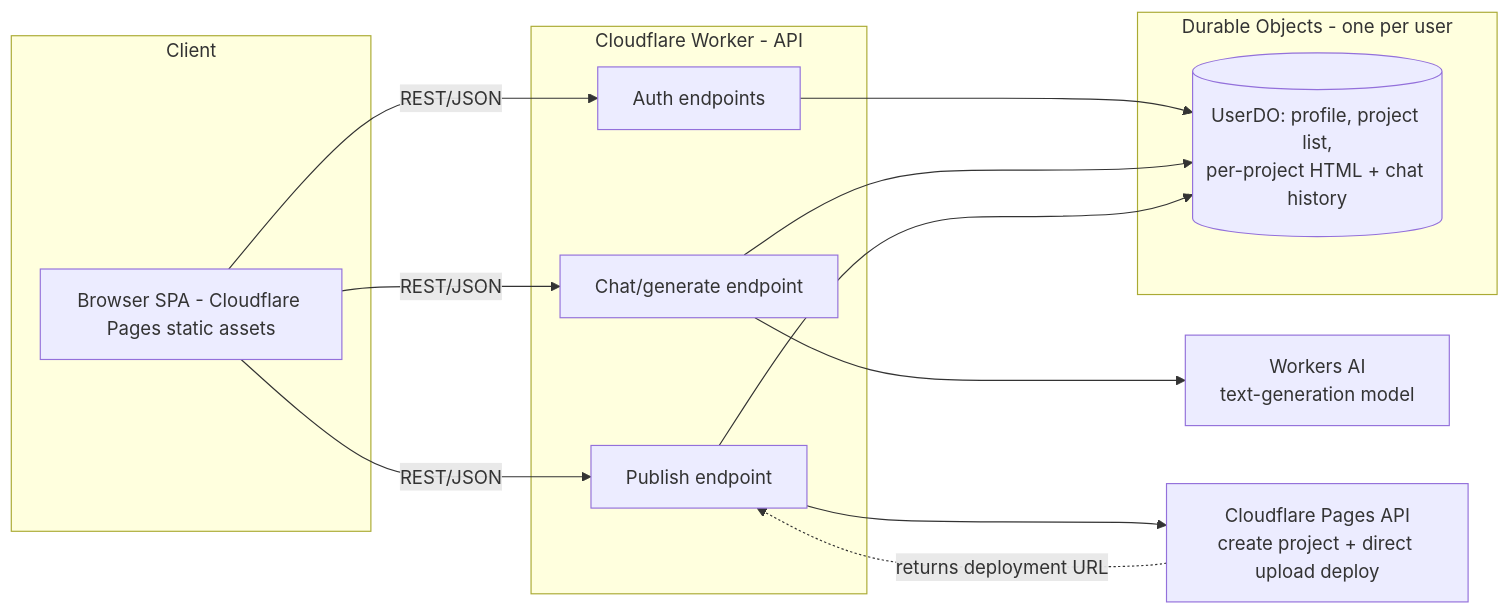
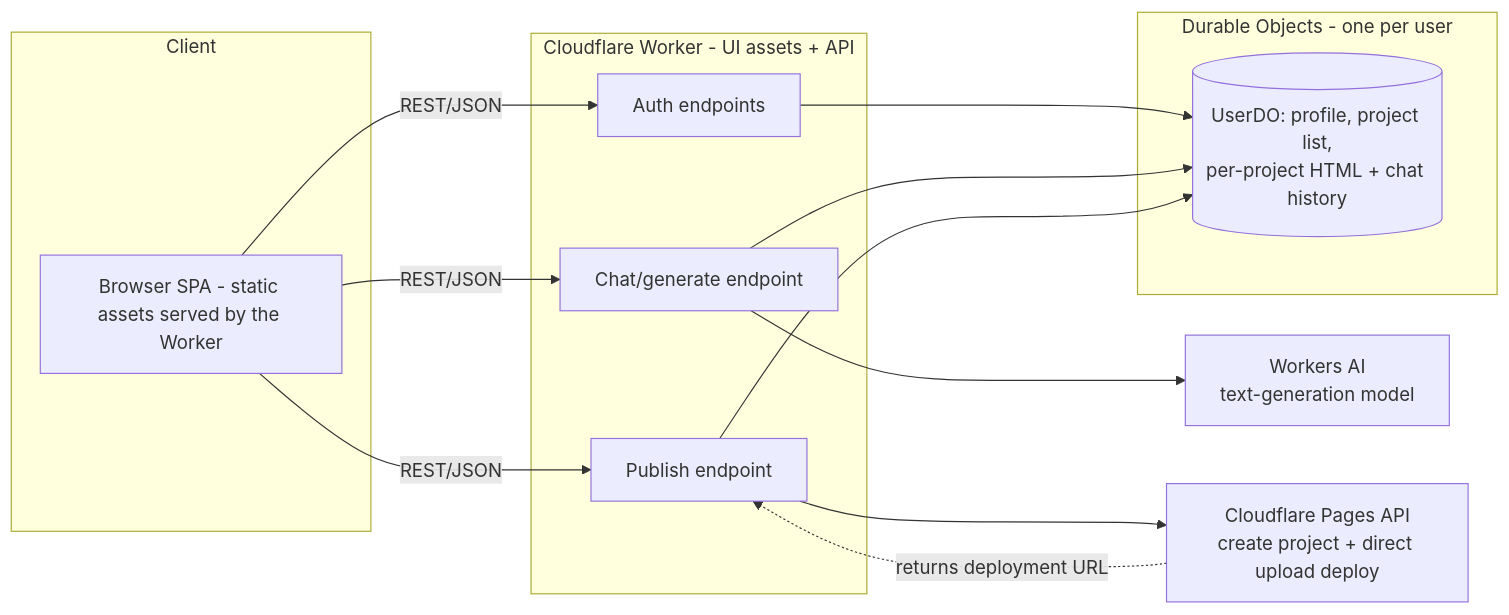
One commit to Tineshnehete/ai-page-builder changed the second of 4 diagrams in docs/superpowers/specs/2026-10-22-ai-page-builder-design.md. Above: the diagram before and after it, drawn with Mermaid. The commit also changed other lines of this file and 3 other files, not shown here.

First line of the commit message:
feat: serve the frontend from the Worker via the assets binding

````diff
--- a/docs/superpowers/specs/2026-10-22-ai-page-builder-design.md
+++ b/docs/superpowers/specs/2026-10-22-ai-page-builder-design.md
@@ -94,30 +94,30 @@
 ```mermaid
 flowchart LR
     subgraph Client
-        UI[Browser SPA - Cloudflare Pages static assets]
+        UI[Browser SPA - static assets served by the Worker]
     end
 
-    subgraph EdgeWorker [Cloudflare Worker - API]
+    subgraph EdgeWorker [Cloudflare Worker - UI assets + API]
         Auth[Auth endpoints]
         Chat[Chat/generate endpoint]
         Publish[Publish endpoint]
     end
 
     subgraph DO [Durable Objects - one per user]
         UserDO[(UserDO: profile, project list,\nper-project HTML + chat history)]
     end
 
     WAI[Workers AI\ntext-generation model]
     CFPages[Cloudflare Pages API\ncreate project + direct upload deploy]
 
     UI -- REST/JSON --> Auth
     UI -- REST/JSON --> Chat
     UI -- REST/JSON --> Publish
 
     Auth --> UserDO
     Chat --> UserDO
     Chat --> WAI
     Publish --> UserDO
     Publish --> CFPages
     CFPages -. returns deployment URL .-> Publish
 ```
````
